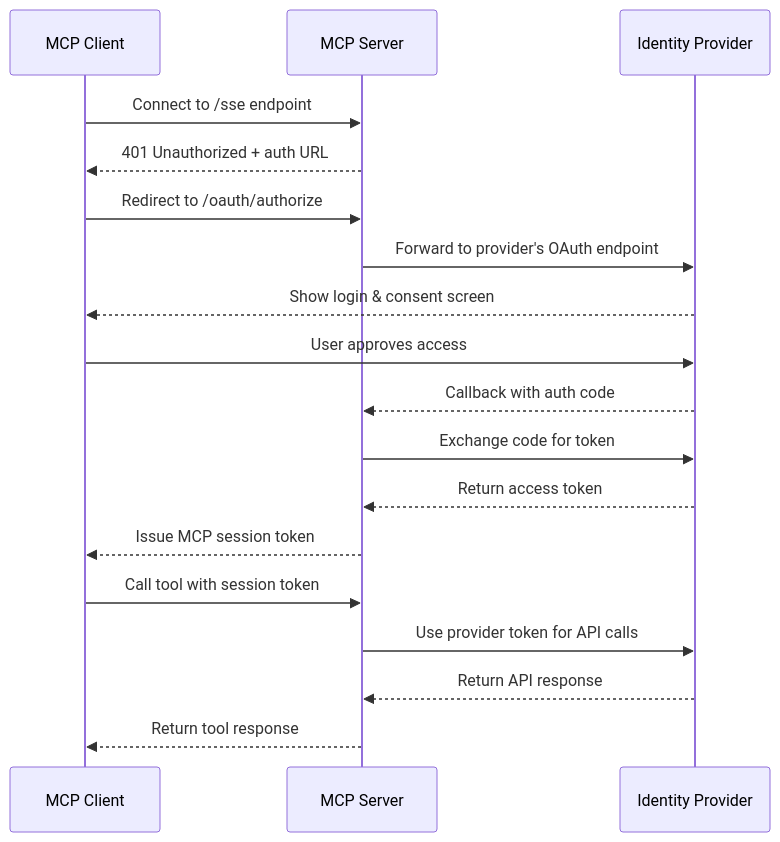
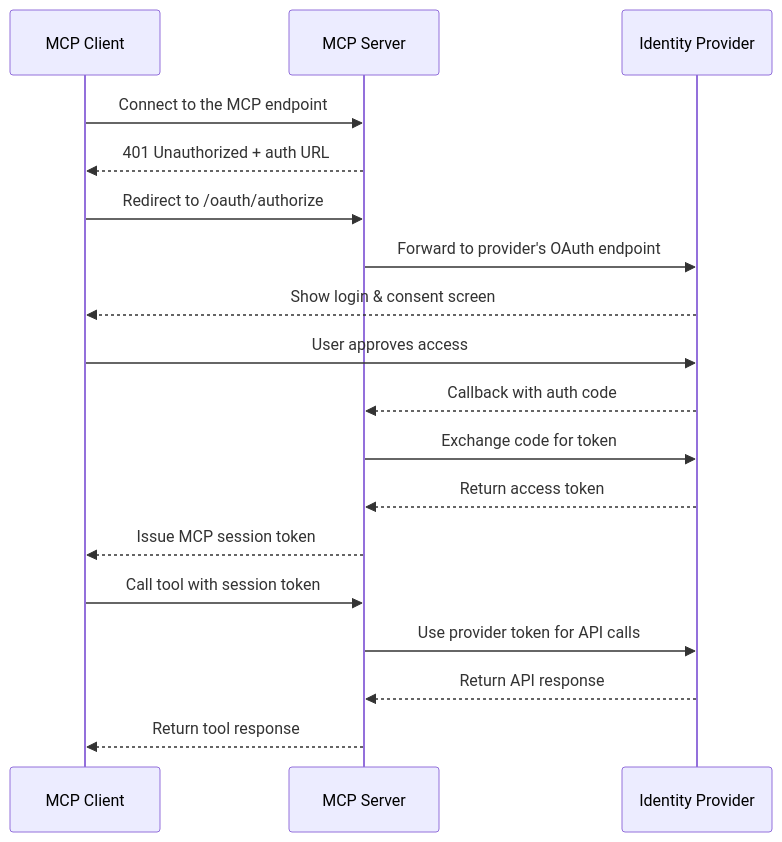
Before and after one commit to speakeasy-api/developer-docs: the first of 2 diagrams in mcp/securing-mcp-servers/authorizing-mcp-servers.mdx, drawn with Mermaid. The commit also changed other lines of this file and 56 other files, not shown here.

````diff
--- a/mcp/securing-mcp-servers/authorizing-mcp-servers.mdx
+++ b/mcp/securing-mcp-servers/authorizing-mcp-servers.mdx
@@ -170,21 +176,21 @@
 ```mermaid
 sequenceDiagram
     participant Client as MCP Client
     participant Server as MCP Server
     participant Auth as Identity Provider
 
-    Client->>Server: Connect to /sse endpoint
+    Client->>Server: Connect to the MCP endpoint
     Server-->>Client: 401 Unauthorized + auth URL
     Client->>Server: Redirect to /oauth/authorize
     Server->>Auth: Forward to provider's OAuth endpoint
     Auth-->>Client: Show login & consent screen
     Client->>Auth: User approves access
     Auth-->>Server: Callback with auth code
     Server->>Auth: Exchange code for token
     Auth-->>Server: Return access token
     Server-->>Client: Issue MCP session token
     Client->>Server: Call tool with session token
     Server->>Auth: Use provider token for API calls
     Auth-->>Server: Return API response
     Server-->>Client: Return tool response
 ```
````
